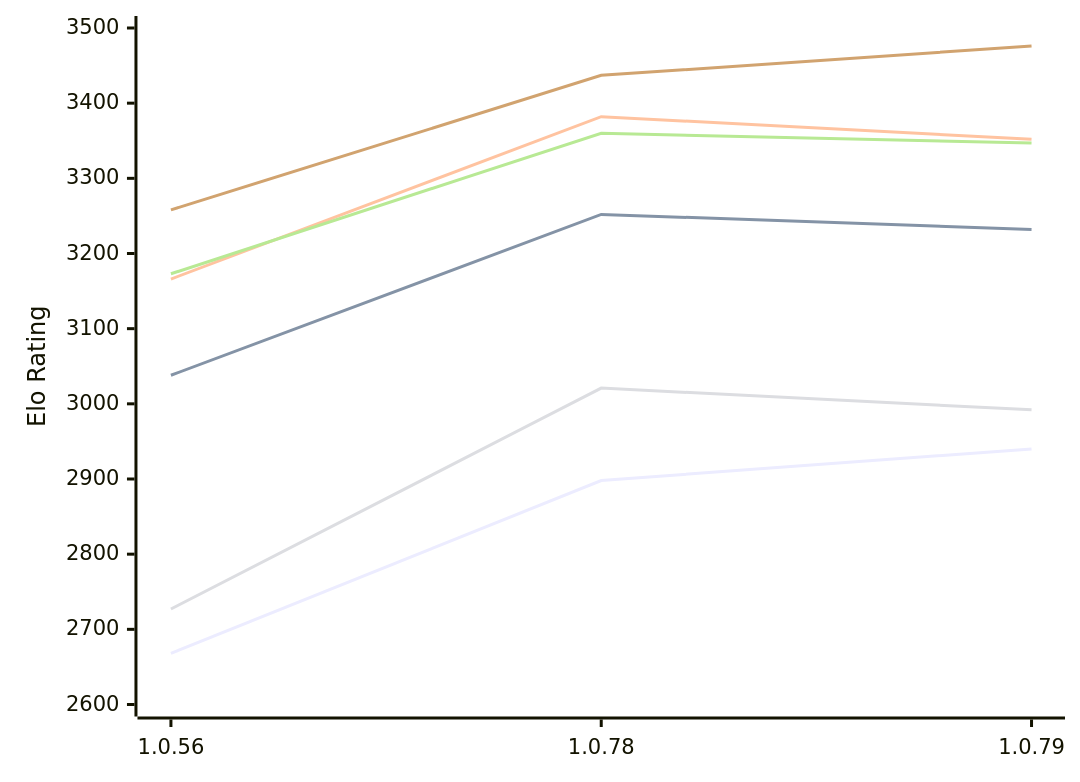
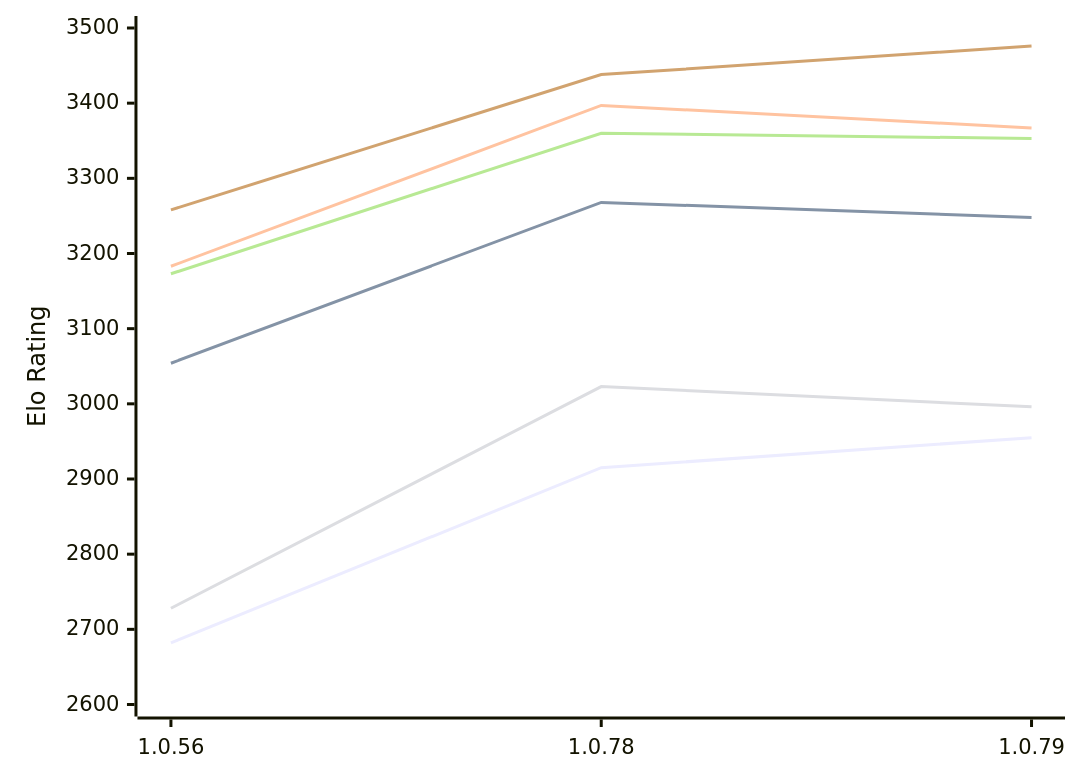
One commit to computer-chess-index/cci changed the first of 2 diagrams in engines/RustyRival.md. Above: the diagram before and after it, drawn with Mermaid. The commit also changed other lines of this file, not shown here.

Commit message:
Update CCI Ratings (ELO VLTC) - 2026-11-11

````diff
--- a/engines/RustyRival.md
+++ b/engines/RustyRival.md
@@ -65,12 +65,12 @@
 ```mermaid
 %%{init: {"theme":"base","themeVariables":{"seriesColors:['#a3a3a3','#222221','#faa371']}}}%%
 xychart-beta
   x-axis ["1.0.56", "1.0.78", "1.0.79"]
   y-axis "Elo Rating" 2600 --> 3500
-  line "E1: STC (8.0+0.08s)" [2668, 2898, 2940]
-  line "E1: LTC (60.0+0.60s)" [3038, 3252, 3232]
-  line "E1: VLTC (2m24s+1.12s)" [3166, 3382, 3352]
-  line "P1: STC (8.0+0.08s)" [2727, 3021, 2992]
-  line "P1: LTC (60.0+0.60s)" [3173, 3360, 3347]
-  line "P1: VLTC (2m24s+1.12s)" [3258, 3437, 3476]
+  line "E1: STC (8.0+0.08s)" [2682, 2915, 2955]
+  line "E1: LTC (60.0+0.60s)" [3054, 3268, 3248]
+  line "E1: VLTC (2m24s+1.12s)" [3183, 3397, 3367]
+  line "P1: STC (8.0+0.08s)" [2728, 3023, 2996]
+  line "P1: LTC (60.0+0.60s)" [3173, 3360, 3353]
+  line "P1: VLTC (2m24s+1.12s)" [3258, 3438, 3476]
 ```
````
